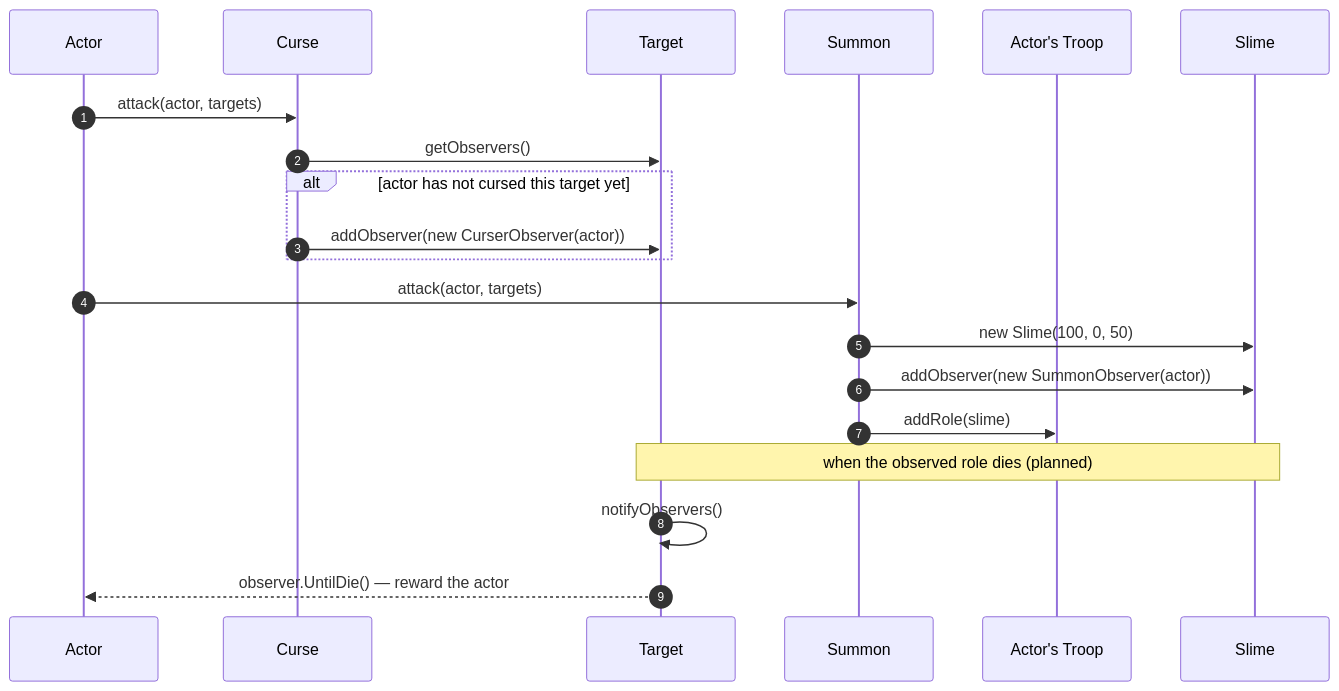
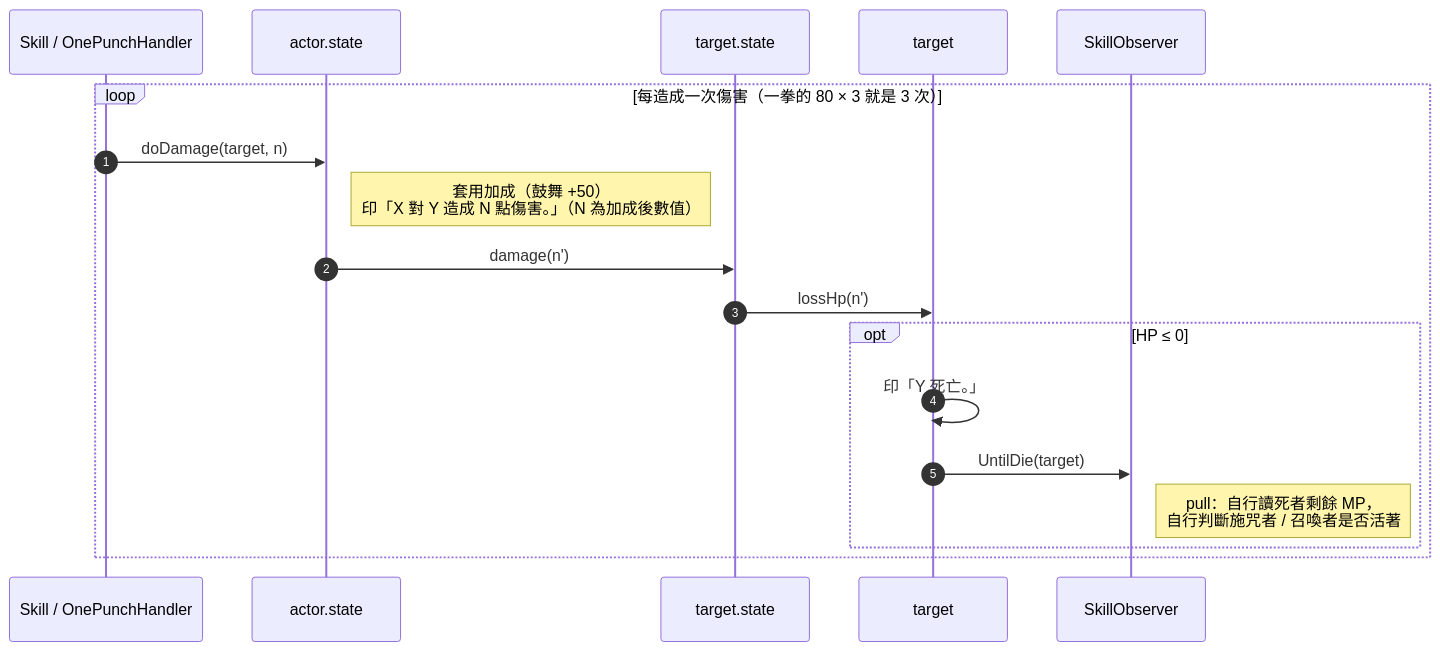
One commit to Chang-anthony/DesignPattern changed the fourth of 7 diagrams in RPGGame/diagrams.md. Above: the diagram before and after it, drawn with Mermaid. The commit also changed other lines of this file and 2 other files, not shown here.

First line of the commit message:
docs(rpggame): finish design review A8-A11 and redraw diagrams

````diff
--- a/RPGGame/diagrams.md
+++ b/RPGGame/diagrams.md
@@ -202,25 +320,21 @@
 ```mermaid
 sequenceDiagram
     autonumber
-    participant A as Actor
-    participant Cu as Curse
-    participant T as Target
-    participant Su as Summon
-    participant Tr as Actor's Troop
-    participant S as Slime
+    participant K as Skill / OnePunchHandler
+    participant AS as actor.state
+    participant TS as target.state
+    participant T as target
+    participant O as SkillObserver
 
-    A->>Cu: attack(actor, targets)
-    Cu->>T: getObservers()
-    alt actor has not cursed this target yet
-        Cu->>T: addObserver(new CurserObserver(actor))
+    loop 每造成一次傷害（一拳的 80 × 3 就是 3 次）
+        K->>AS: doDamage(target, n)
+        Note right of AS: 套用加成（鼓舞 +50）<br/>印「X 對 Y 造成 N 點傷害。」（N 為加成後數值）
+        AS->>TS: damage(n')
+        TS->>T: lossHp(n')
+        opt HP ≤ 0
+            T->>T: 印「Y 死亡。」
+            T->>O: UntilDie(target)
+            Note right of O: pull：自行讀死者剩餘 MP，<br/>自行判斷施咒者 / 召喚者是否活著
+        end
     end
-
-    A->>Su: attack(actor, targets)
-    Su->>S: new Slime(100, 0, 50)
-    Su->>S: addObserver(new SummonObserver(actor))
-    Su->>Tr: addRole(slime)
-
-    Note over T,S: when the observed role dies (planned)
-    T->>T: notifyObservers()
-    T-->>A: observer.UntilDie() — reward the actor
 ```
````
